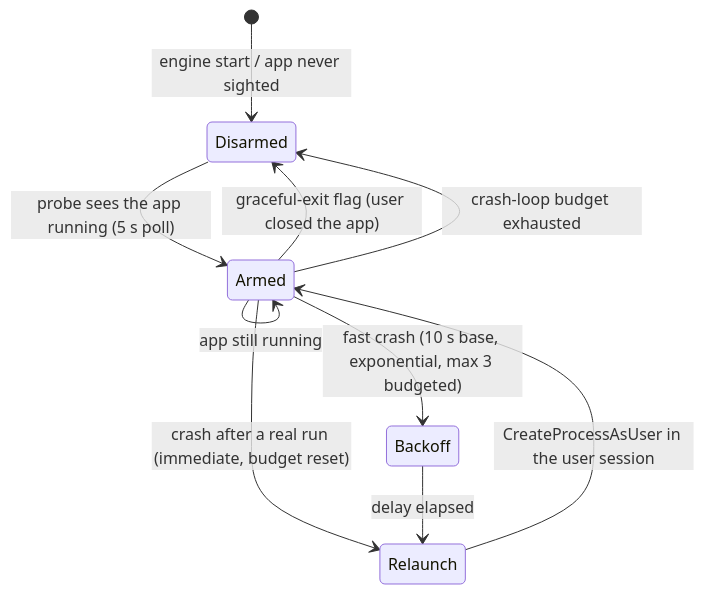
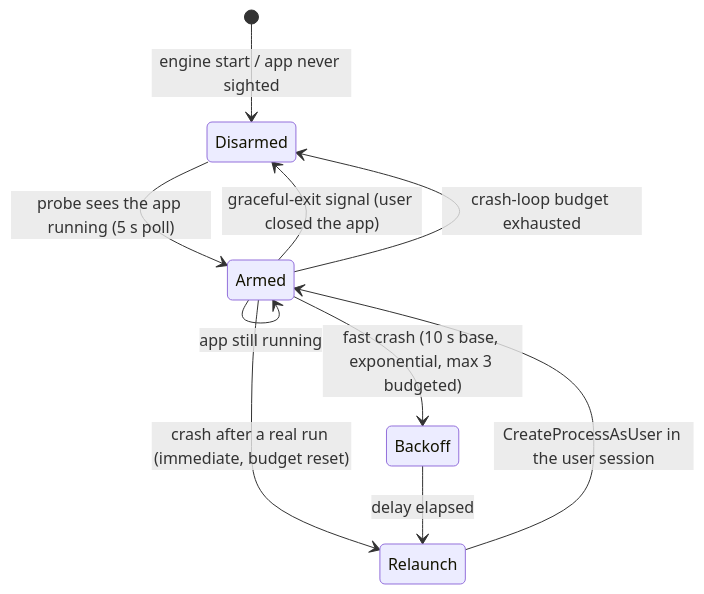
One commit to Uniwill-Control-Utility/Uniwill-Control-Utility changed the third of 4 diagrams in wiki/architecture/startup-and-lifecycle.md. Above: the diagram before and after it, drawn with Mermaid. The commit also changed other lines of this file and 19 other files, not shown here.

First line of the commit message:
Make the installed app write only per-user paths and send its graceful exit over RPC

````diff
--- a/wiki/architecture/startup-and-lifecycle.md
+++ b/wiki/architecture/startup-and-lifecycle.md
@@ -84,12 +84,12 @@
 ```mermaid
 stateDiagram-v2
     [*] --> Disarmed: engine start / app never sighted
     Disarmed --> Armed: probe sees the app running (5 s poll)
     Armed --> Armed: app still running
-    Armed --> Disarmed: graceful-exit flag (user closed the app)
+    Armed --> Disarmed: graceful-exit signal (user closed the app)
     Armed --> Relaunch: crash after a real run (immediate, budget reset)
     Armed --> Backoff: fast crash (10 s base, exponential, max 3 budgeted)
     Backoff --> Relaunch: delay elapsed
     Armed --> Disarmed: crash-loop budget exhausted
     Relaunch --> Armed: CreateProcessAsUser in the user session
 ```
````
